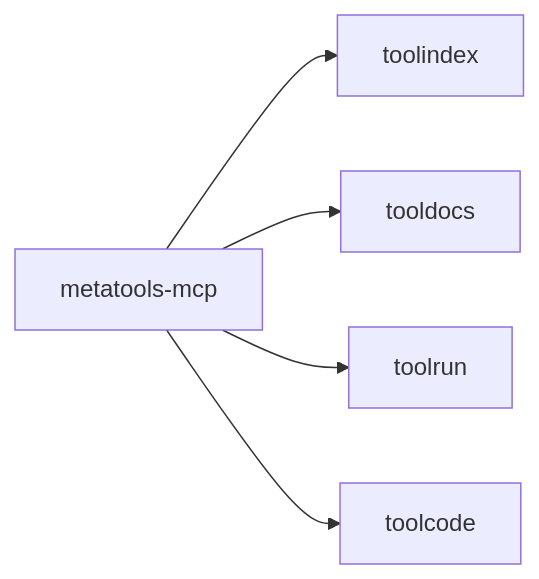
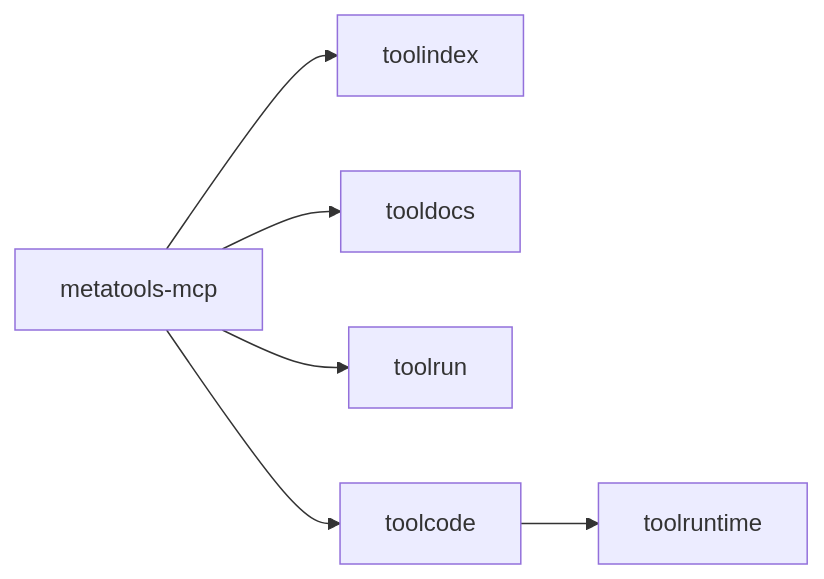
Before and after one commit to jonwraymond/ai-tools-stack: the diagram in docs/components/metatools-mcp.md, drawn with Mermaid. The commit also changed other lines of this file and 12 other files, not shown here.

````diff
--- a/docs/components/metatools-mcp.md
+++ b/docs/components/metatools-mcp.md
@@ -21,7 +23,8 @@
 ```mermaid
 flowchart LR
   A[metatools-mcp] --> B[toolindex]
   A --> C[tooldocs]
   A --> D[toolrun]
   A --> E[toolcode]
+  E --> F[toolruntime]
 ```
````
